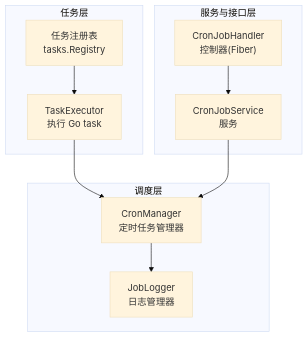
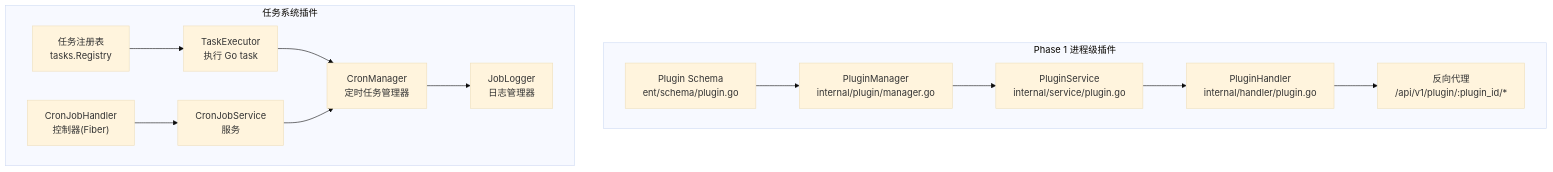
One commit to wuwuseo/e-sports-go-admin changed the first of 9 diagrams in .qoder/repowiki/zh/content/扩展开发/插件开发.md. Above: the diagram before and after it, drawn with Mermaid (base theme). The commit also changed other lines of this file and 42 other files, not shown here.

````diff
--- a/.qoder/repowiki/zh/content/扩展开发/插件开发.md
+++ b/.qoder/repowiki/zh/content/扩展开发/插件开发.md
@@ -46,20 +70,27 @@
 ```mermaid
 graph TB
-subgraph "任务层"
+subgraph "Phase 1 进程级插件"
+PLUGIN_ENT["Plugin Schema<br/>ent/schema/plugin.go"]
+PLUGIN_MGR["PluginManager<br/>internal/plugin/manager.go"]
+PLUGIN_SVC["PluginService<br/>internal/service/plugin.go"]
+PLUGIN_HND["PluginHandler<br/>internal/handler/plugin.go"]
+PROXY["反向代理<br/>/api/v1/plugin/:plugin_id/*"]
+end
+subgraph "任务系统插件"
 REG["任务注册表<br/>tasks.Registry"]
 TASK_EXE["TaskExecutor<br/>执行 Go task"]
-end
-subgraph "调度层"
 CM["CronManager<br/>定时任务管理器"]
 LOG["JobLogger<br/>日志管理器"]
-end
-subgraph "服务与接口层"
 SVC["CronJobService<br/>服务"]
 HND["CronJobHandler<br/>控制器(Fiber)"]
 end
+PLUGIN_ENT --> PLUGIN_MGR
+PLUGIN_MGR --> PLUGIN_SVC
+PLUGIN_SVC --> PLUGIN_HND
+PLUGIN_HND --> PROXY
 REG --> TASK_EXE
 TASK_EXE --> CM
 CM --> LOG
 SVC --> CM
 HND --> SVC
 ```
````
